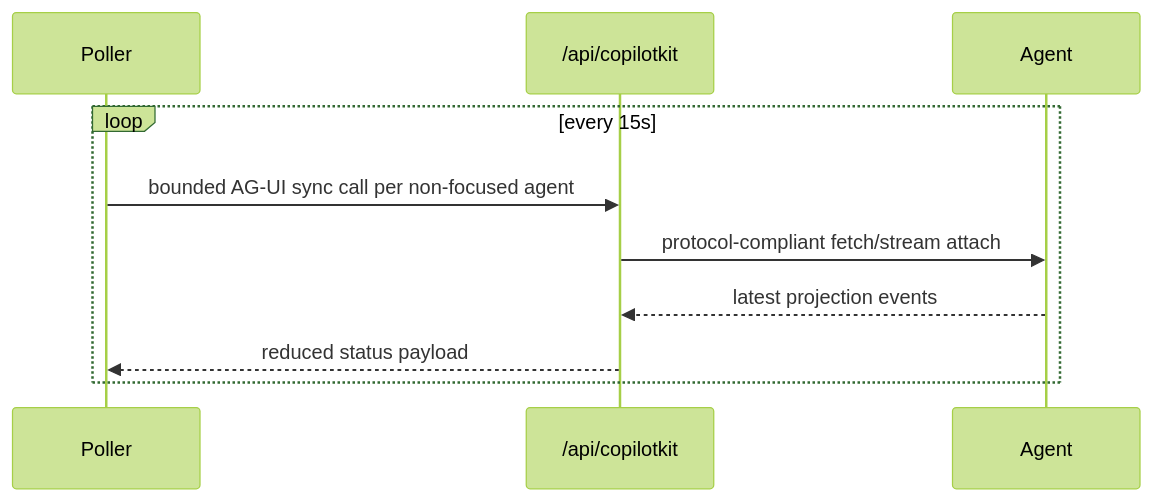
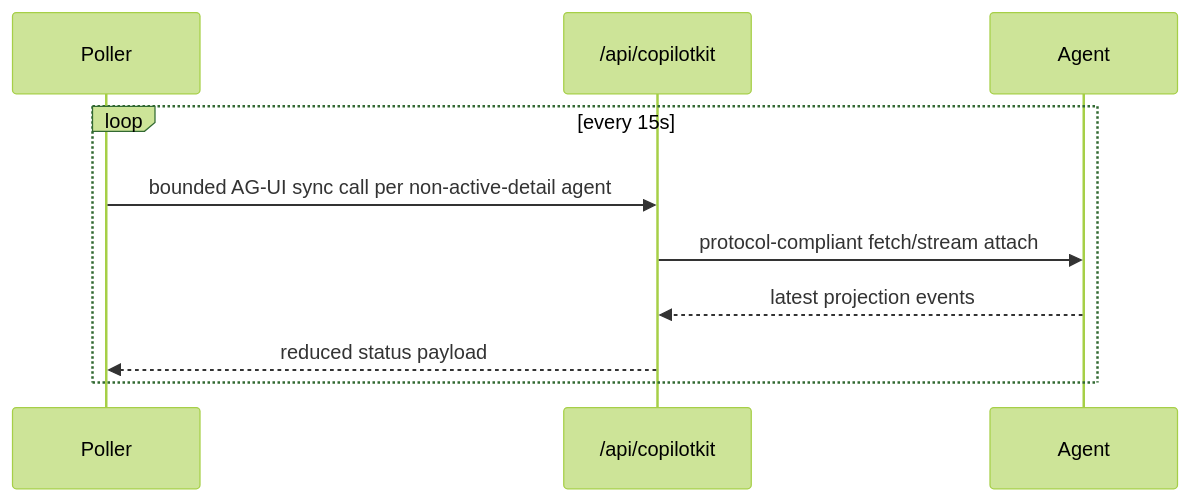
The fifth of 6 diagrams in typescript/clients/web-ag-ui/docs/c4-target-architecture-web-ag-ui-agents.md (EmberAGI/arbitrum-vibekit), drawn with Mermaid (forest theme) before and after one commit. The commit also changed other lines of this file and 3 other files, not shown here.

````diff
--- a/typescript/clients/web-ag-ui/docs/c4-target-architecture-web-ag-ui-agents.md
+++ b/typescript/clients/web-ag-ui/docs/c4-target-architecture-web-ag-ui-agents.md
@@ -195,13 +195,13 @@
 ```mermaid
 sequenceDiagram
   participant Poller
   participant Runtime as /api/copilotkit
   participant Agent
 
   loop every 15s
-    Poller->>Runtime: bounded AG-UI sync call per non-focused agent
+    Poller->>Runtime: bounded AG-UI sync call per non-active-detail agent
     Runtime->>Agent: protocol-compliant fetch/stream attach
     Agent-->>Runtime: latest projection events
     Runtime-->>Poller: reduced status payload
   end
 ```
````
